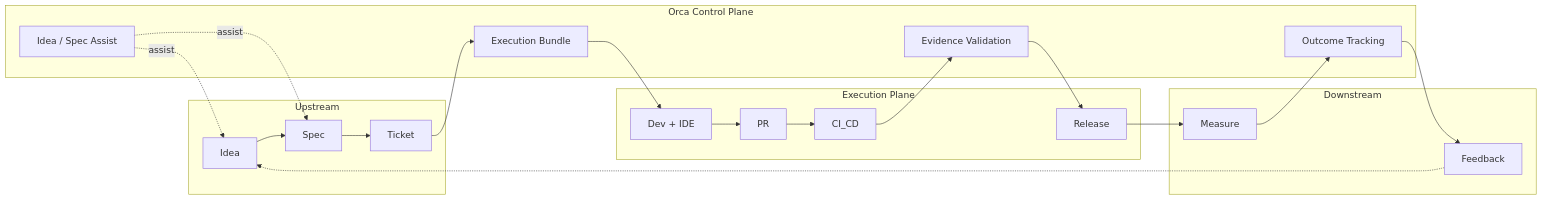
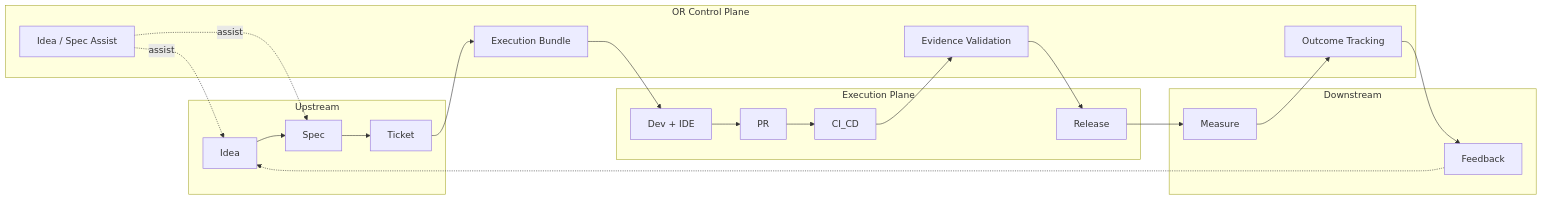
One commit to raftio/or changed the diagram in docs/rfc/rfc-000.md. Above: the diagram before and after it, drawn with Mermaid. The commit also changed other lines of this file and 90 other files, not shown here.

````diff
--- a/docs/rfc/rfc-000.md
+++ b/docs/rfc/rfc-000.md
@@ -11,38 +11,38 @@
 ```mermaid
 flowchart LR
   subgraph upstream [Upstream]
     Idea[Idea]
     Spec[Spec]
     Ticket[Ticket]
   end
-  subgraph orca [Orca Control Plane]
+  subgraph orca [OR Control Plane]
     PMAssist[Idea / Spec Assist]
     Bundle[Execution Bundle]
     Validate[Evidence Validation]
     Outcome[Outcome Tracking]
   end
   subgraph execution [Execution Plane]
     Dev[Dev + IDE]
     PR[PR]
     CI[CI_CD]
     Release[Release]
   end
   subgraph downstream [Downstream]
     Measure[Measure]
     Feedback[Feedback]
   end
 
   Idea --> Spec --> Ticket
   Ticket --> Bundle
   PMAssist -.->|assist| Idea
   PMAssist -.->|assist| Spec
   Bundle --> Dev
   Dev --> PR
   PR --> CI
   CI --> Validate
   Validate --> Release
   Release --> Measure
   Measure --> Outcome
   Outcome --> Feedback
   Feedback -.-> Idea
 ```
````
